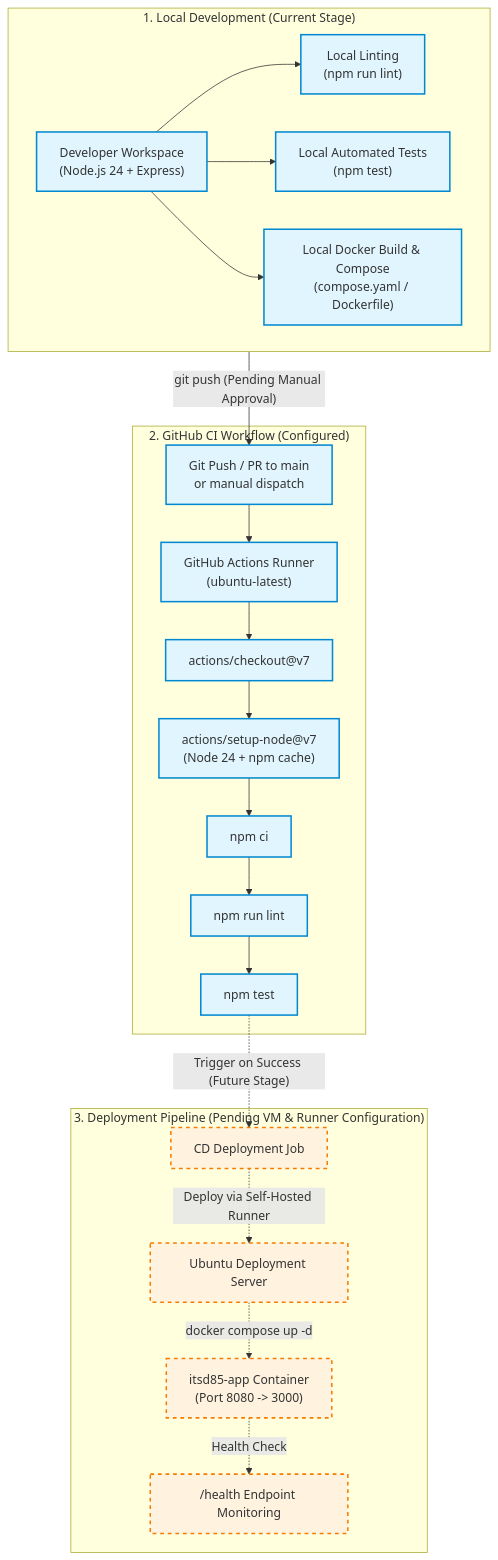
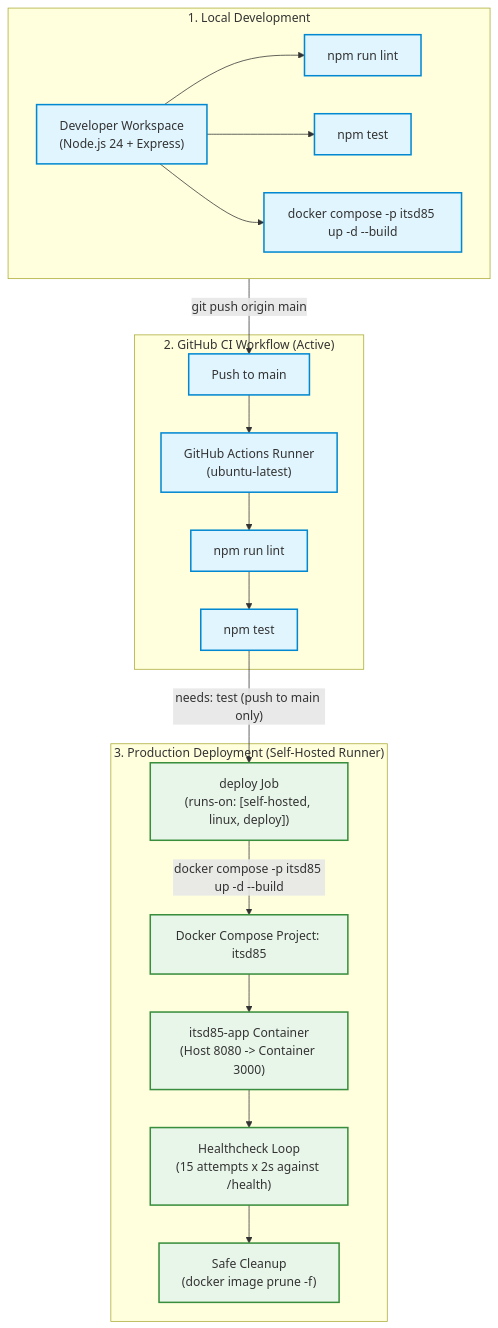
The diagram in README.md (SafeWorm59/itsd85-cicd-lab), drawn with Mermaid before and after one commit. The commit also changed other lines of this file and 7 other files, not shown here.

Commit message:
feat: add versioning endpoints, finalize compose, and implement self-hosted deployment job

````diff
--- a/README.md
+++ b/README.md
@@ -246,31 +255,29 @@
 ```mermaid
 flowchart TD
-    subgraph Local["1. Local Development (Current Stage)"]
-        DEV["Developer Workspace\n(Node.js 24 + Express)"] --> LINT["Local Linting\n(npm run lint)"]
-        DEV --> TEST["Local Automated Tests\n(npm test)"]
-        DEV --> DOCKER_BUILD["Local Docker Build & Compose\n(compose.yaml / Dockerfile)"]
+    subgraph Local["1. Local Development"]
+        DEV["Developer Workspace\n(Node.js 24 + Express)"] --> LINT["npm run lint"]
+        DEV --> TEST["npm test"]
+        DEV --> DOCKER_BUILD["docker compose -p itsd85 up -d --build"]
     end
 
-    subgraph GitHub["2. GitHub CI Workflow (Configured)"]
-        PUSH["Git Push / PR to main\nor manual dispatch"] --> GH_ACTIONS["GitHub Actions Runner\n(ubuntu-latest)"]
-        GH_ACTIONS --> CI_CHECKOUT["actions/checkout@v7"]
-        CI_CHECKOUT --> CI_SETUP["actions/setup-node@v7\n(Node 24 + npm cache)"]
-        CI_SETUP --> CI_INSTALL["npm ci"]
-        CI_INSTALL --> CI_LINT["npm run lint"]
+    subgraph GitHub["2. GitHub CI Workflow (Active)"]
+        PUSH["Push to main"] --> GH_ACTIONS["GitHub Actions Runner\n(ubuntu-latest)"]
+        GH_ACTIONS --> CI_LINT["npm run lint"]
         CI_LINT --> CI_TEST["npm test"]
     end
 
-    subgraph FutureDeployment["3. Deployment Pipeline (Pending VM & Runner Configuration)"]
-        CI_TEST -.->|"Trigger on Success (Future Stage)"| CD_JOB["CD Deployment Job"]
-        CD_JOB -.->|"Deploy via Self-Hosted Runner"| PROD_SERVER["Ubuntu Deployment Server"]
-        PROD_SERVER -.->|"docker compose up -d"| PROD_CONTAINER["itsd85-app Container\n(Port 8080 -> 3000)"]
-        PROD_CONTAINER -.->|"Health Check"| HEALTHCHECK["/health Endpoint Monitoring"]
+    subgraph Server["3. Production Deployment (Self-Hosted Runner)"]
+        CI_TEST -->|"needs: test (push to main only)"| CD_JOB["deploy Job\n(runs-on: [self-hosted, linux, deploy])"]
+        CD_JOB -->|"docker compose -p itsd85 up -d --build"| COMPOSE["Docker Compose Project: itsd85"]
+        COMPOSE --> CONTAINER["itsd85-app Container\n(Host 8080 -> Container 3000)"]
+        CONTAINER --> HEALTH["Healthcheck Loop\n(15 attempts x 2s against /health)"]
+        HEALTH --> PRUNE["Safe Cleanup\n(docker image prune -f)"]
     end
 
-    Local -->|"git push (Pending Manual Approval)"| PUSH
+    Local -->|"git push origin main"| PUSH
 
     classDef active fill:#e1f5fe,stroke:#0288d1,stroke-width:2px;
-    classDef pending fill:#fff3e0,stroke:#f57c00,stroke-width:2px,stroke-dasharray: 5 5;
-    class DEV,LINT,TEST,DOCKER_BUILD,PUSH,GH_ACTIONS,CI_CHECKOUT,CI_SETUP,CI_INSTALL,CI_LINT,CI_TEST active;
-    class CD_JOB,PROD_SERVER,PROD_CONTAINER,HEALTHCHECK pending;
+    classDef runner fill:#e8f5e9,stroke:#388e3c,stroke-width:2px;
+    class DEV,LINT,TEST,DOCKER_BUILD,PUSH,GH_ACTIONS,CI_LINT,CI_TEST active;
+    class CD_JOB,COMPOSE,CONTAINER,HEALTH,PRUNE runner;
 ```
````
